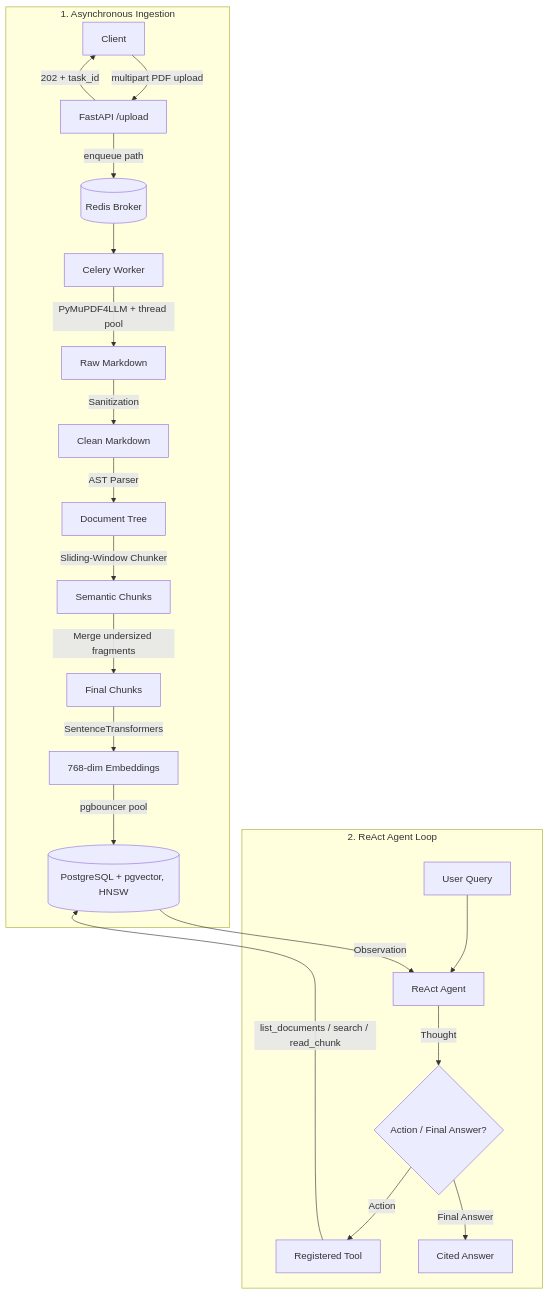
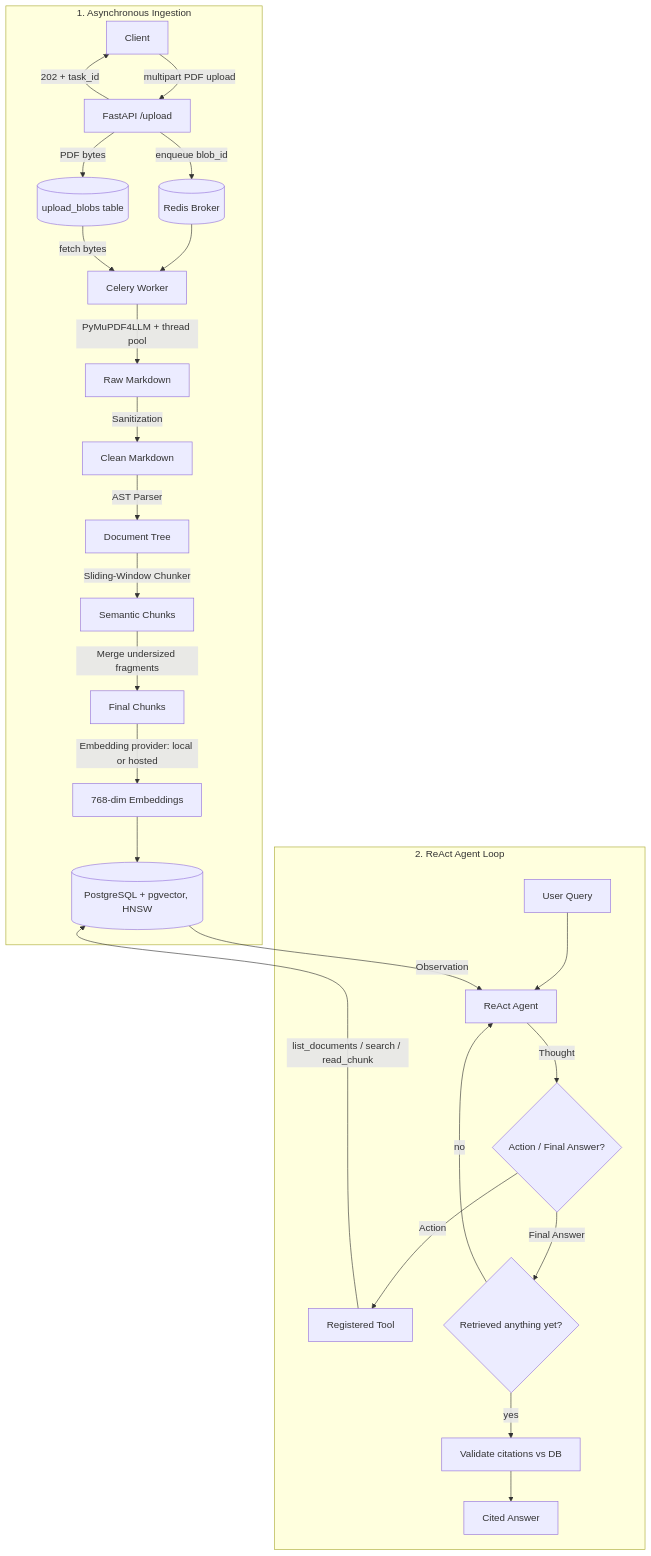
Before and after one commit to omega-sus67/rag_python: the diagram in README.md, drawn with Mermaid. The commit also changed other lines of this file and 3 other files, not shown here.

````diff
--- a/README.md
+++ b/README.md
@@ -13,27 +125,30 @@
 ```mermaid
 graph TD
-    %% Async Ingestion
     subgraph Async_Ingestion ["1. Asynchronous Ingestion"]
         U[Client] -->|multipart PDF upload| API[FastAPI /upload]
         API -->|202 + task_id| U
-        API -->|enqueue path| R[(Redis Broker)]
+        API -->|PDF bytes| BLOB[(upload_blobs table)]
+        API -->|enqueue blob_id| R[(Redis Broker)]
         R --> W[Celery Worker]
+        BLOB -->|fetch bytes| W
         W -->|PyMuPDF4LLM + thread pool| B[Raw Markdown]
         B -->|Sanitization| C[Clean Markdown]
         C -->|AST Parser| D[Document Tree]
         D -->|Sliding-Window Chunker| E[Semantic Chunks]
         E -->|Merge undersized fragments| F[Final Chunks]
-        F -->|SentenceTransformers| G[768-dim Embeddings]
-        G -->|pgbouncer pool| I[(PostgreSQL + pgvector, HNSW)]
+        F -->|Embedding provider: local or hosted| G[768-dim Embeddings]
+        G --> I[(PostgreSQL + pgvector, HNSW)]
     end
 
-    %% Agentic Query Loop
     subgraph Agentic_Query_Loop ["2. ReAct Agent Loop"]
         J[User Query] --> K[ReAct Agent]
         K -->|Thought| L{Action / Final Answer?}
         L -->|Action| M[Registered Tool]
         M -->|list_documents / search / read_chunk| I
         I -->|Observation| K
-        L -->|Final Answer| O[Cited Answer]
+        L -->|Final Answer| GATE{Retrieved anything yet?}
+        GATE -->|no| K
+        GATE -->|yes| V[Validate citations vs DB]
+        V --> O[Cited Answer]
     end
 ```
````
